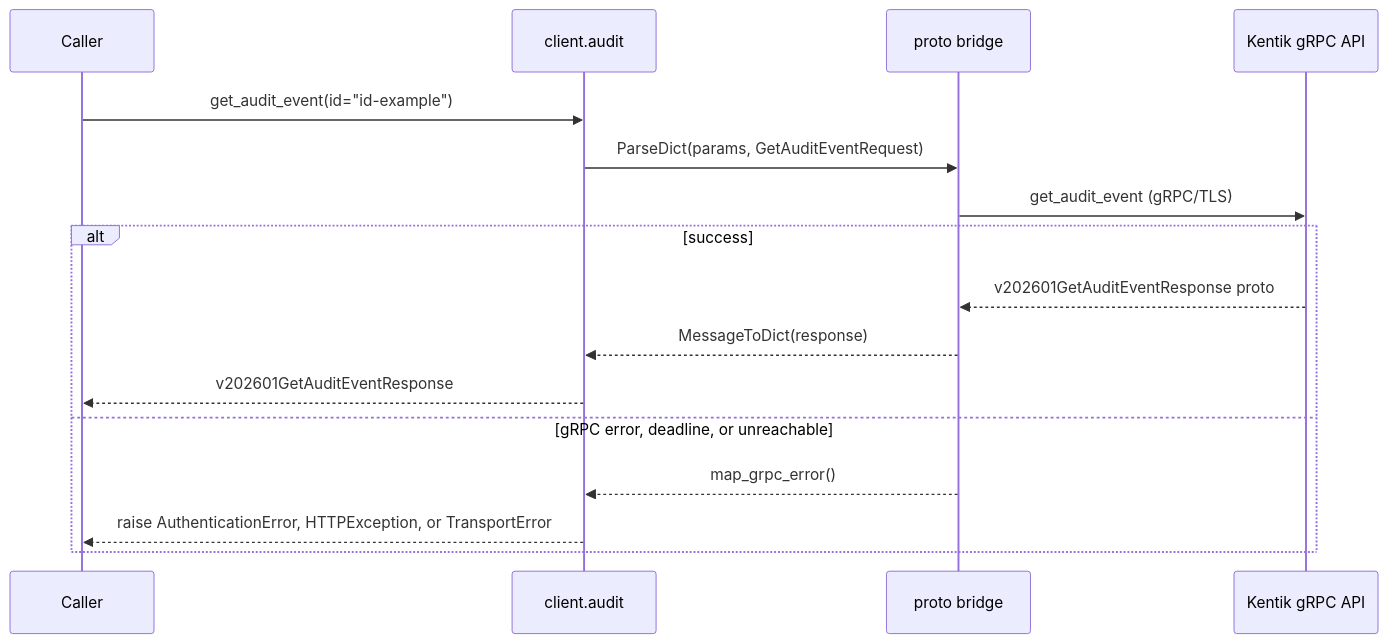
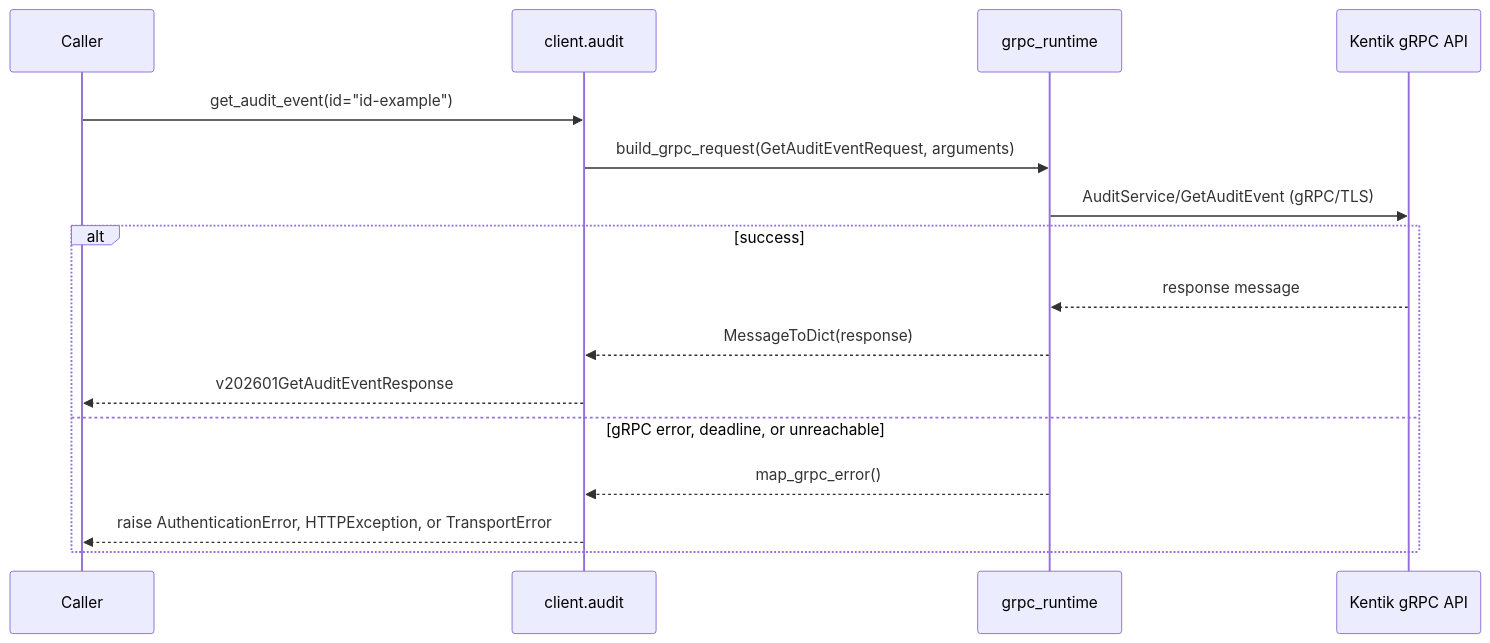
The fifth of 8 diagrams in docs/sphinx/services/audit.md (alexdearaujo/community_sdk_python), drawn with Mermaid before and after one commit. The commit also changed other lines of this file and 37 other files, not shown here.

First line of the commit message:
docs: show the real RPC in each service page's gRPC diagram

````diff
--- a/docs/sphinx/services/audit.md
+++ b/docs/sphinx/services/audit.md
@@ -136,19 +136,19 @@
 ```mermaid
 sequenceDiagram
     participant C as Caller
     participant W as client.audit
-    participant B as proto bridge
+    participant R as grpc_runtime
     participant API as Kentik gRPC API
 
     C->>W: get_audit_event(id="id-example")
-    W->>B: ParseDict(params, GetAuditEventRequest)
-    B->>API: get_audit_event (gRPC/TLS)
+    W->>R: build_grpc_request(GetAuditEventRequest, arguments)
+    R->>API: AuditService/GetAuditEvent (gRPC/TLS)
     alt success
-        API-->>B: v202601GetAuditEventResponse proto
-        B-->>W: MessageToDict(response)
+        API-->>R: response message
+        R-->>W: MessageToDict(response)
         W-->>C: v202601GetAuditEventResponse
     else gRPC error, deadline, or unreachable
-        B-->>W: map_grpc_error()
+        R-->>W: map_grpc_error()
         W-->>C: raise AuthenticationError, HTTPException, or TransportError
     end
 ```
````
